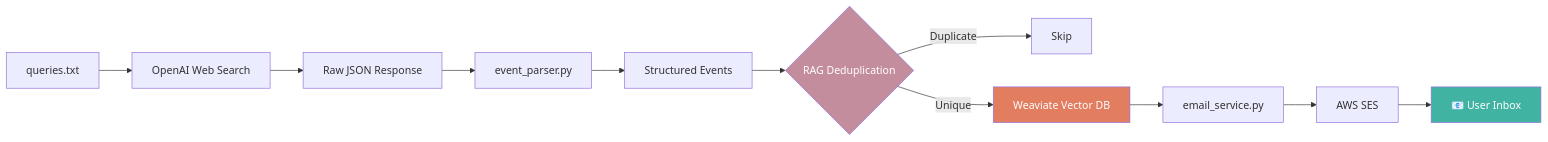
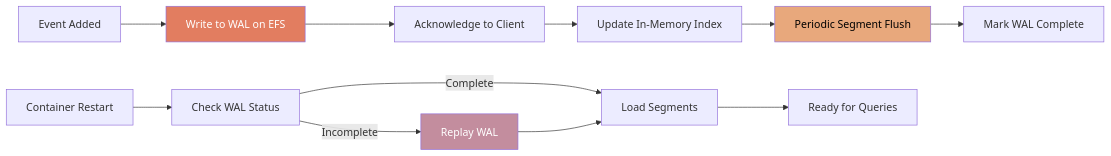
Before and after one commit to butlerwill1/llm-rag-event-discovery-pipeline: the fifth of 5 diagrams in ARCHITECTURE.md, drawn with Mermaid. The commit also changed other lines of this file and 8 other files, not shown here.

````diff
--- a/ARCHITECTURE.md
+++ b/ARCHITECTURE.md
@@ -195,17 +245,18 @@
 ```mermaid
-flowchart LR
-    A[queries.txt] --> B[OpenAI Web Search]
-    B --> C[Raw JSON Response]
-    C --> D[event_parser.py]
-    D --> E[Structured Events]
-    E --> F{RAG Deduplication}
-    F -->|Duplicate| G[Skip]
-    F -->|Unique| H[Weaviate Vector DB]
-    H --> I[email_service.py]
-    I --> J[AWS SES]
-    J --> K[📧 User Inbox]
-    
-    style F fill:#C38D9E,color:#fff
-    style H fill:#E27D60,color:#fff
-    style K fill:#41B3A3,color:#fff
+graph LR
+    A[Event Added] --> B[Write to WAL on EFS]
+    B --> C[Acknowledge to Client]
+    C --> D[Update In-Memory Index]
+    D --> E[Periodic Segment Flush]
+    E --> F[Mark WAL Complete]
+
+    G[Container Restart] --> H[Check WAL Status]
+    H -->|Incomplete| I[Replay WAL]
+    H -->|Complete| J[Load Segments]
+    I --> J
+    J --> K[Ready for Queries]
+
+    style B fill:#E27D60,color:#fff
+    style E fill:#E8A87C,color:#000
+    style I fill:#C38D9E,color:#fff
 ```
````
